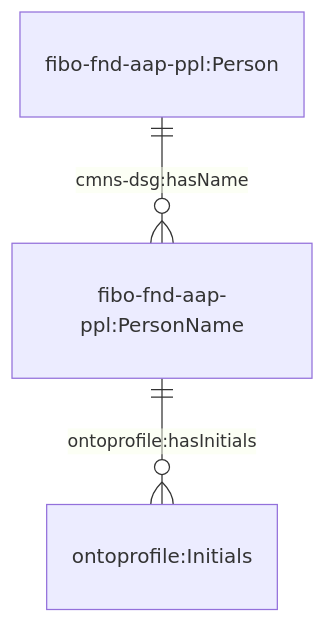
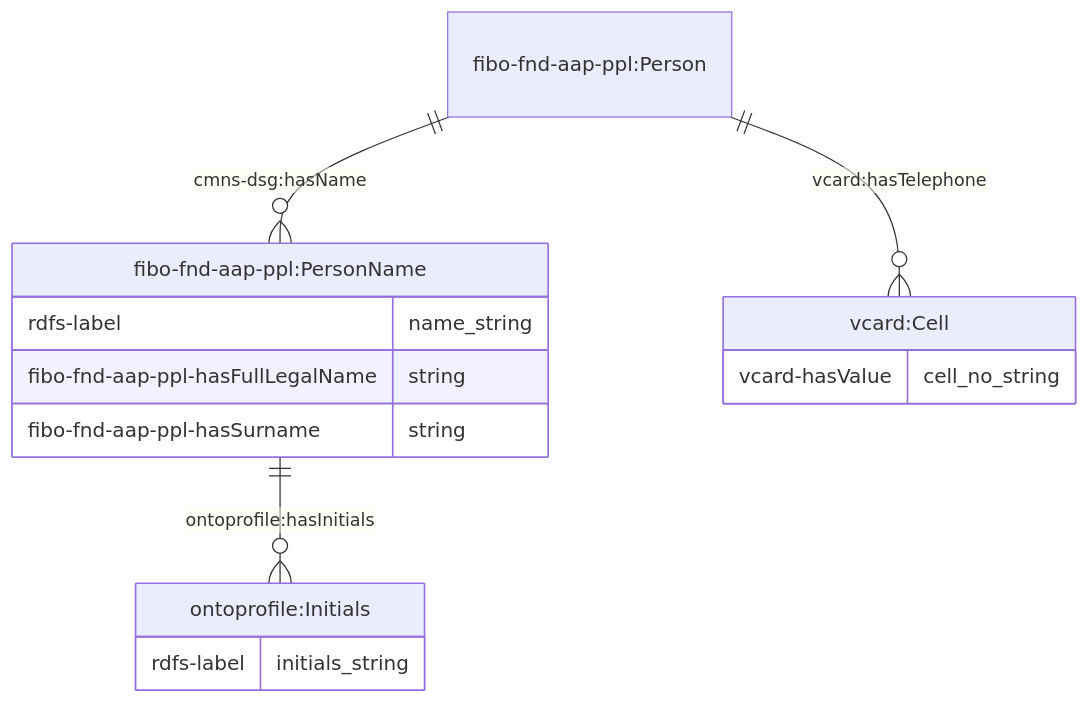
Before and after one commit to cambridge-cares/TheWorldAvatar: the third of 3 diagrams in JPS_Ontology/ontology/ontoprofile/README.MD, drawn with Mermaid. The commit also changed other lines of this file and 2 other files, not shown here.

Commit message:
1828-dev-ontoprofile: Clean up description and README while adding organisation docs

````diff
--- a/JPS_Ontology/ontology/ontoprofile/README.MD
+++ b/JPS_Ontology/ontology/ontoprofile/README.MD
@@ -38,5 +112,19 @@
 ```mermaid
     erDiagram
     "fibo-fnd-aap-ppl:Person" ||--o{ "fibo-fnd-aap-ppl:PersonName" : "cmns-dsg:hasName"
     "fibo-fnd-aap-ppl:PersonName" ||--o{ "ontoprofile:Initials" : "ontoprofile:hasInitials"
+    "fibo-fnd-aap-ppl:PersonName" {
+        rdfs-label name_string
+        fibo-fnd-aap-ppl-hasFullLegalName string
+        fibo-fnd-aap-ppl-hasSurname string
+    }
+
+    "ontoprofile:Initials" {
+        rdfs-label initials_string
+    }
+
+    "fibo-fnd-aap-ppl:Person" ||--o{ "vcard:Cell" : "vcard:hasTelephone"
+    "vcard:Cell" {
+        vcard-hasValue cell_no_string
+    }
 ```
````
